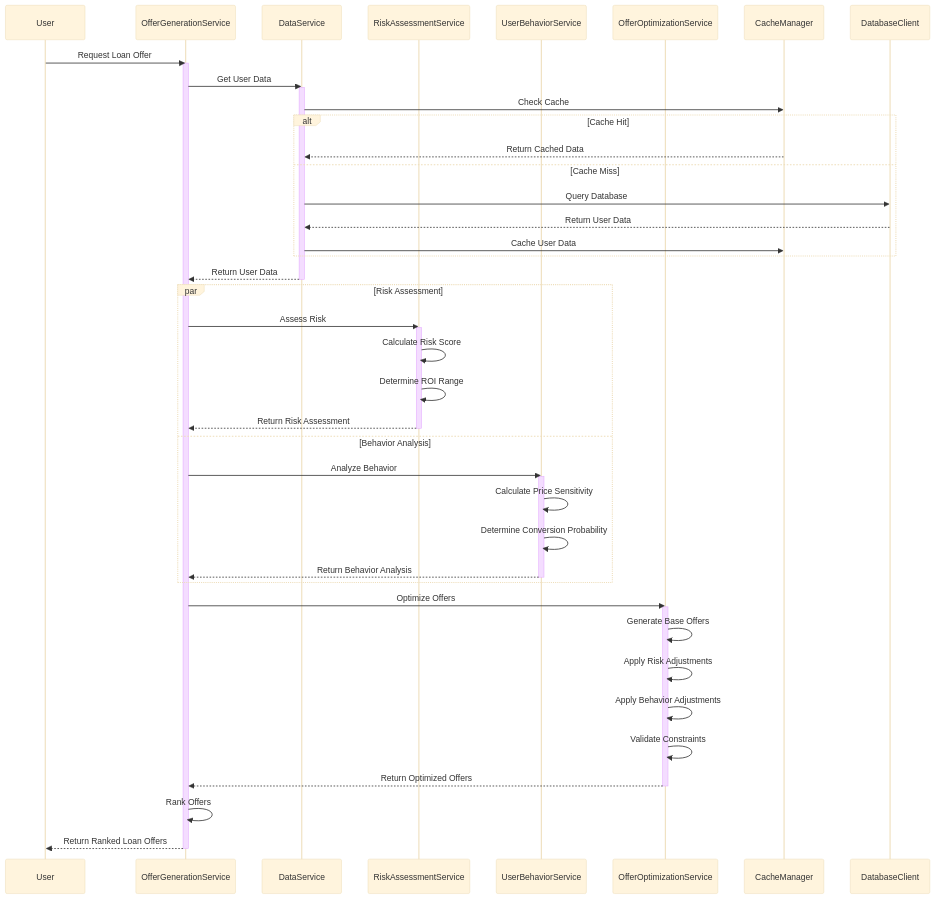
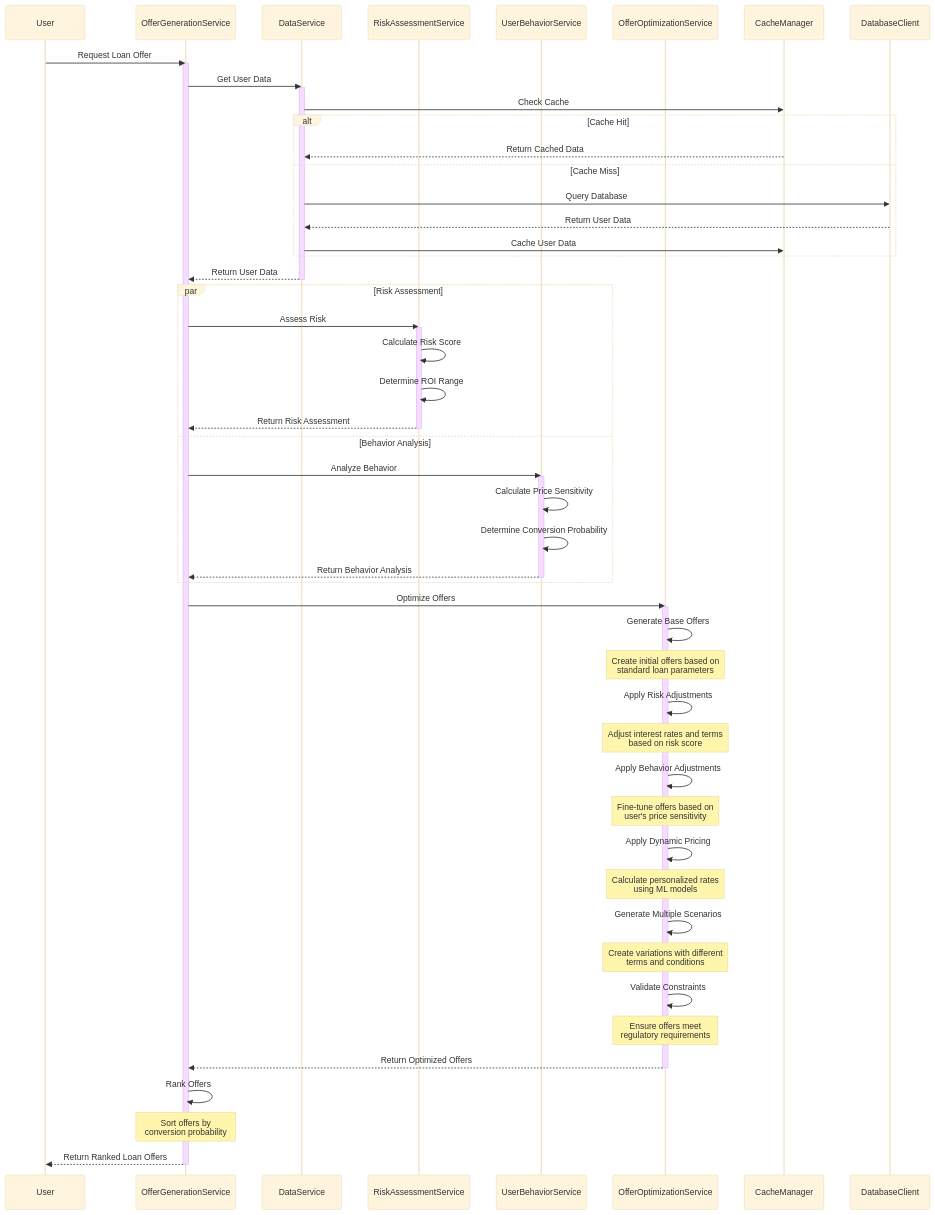
One commit to ParthPahuja101/Dynamic-Loan-Offer-Generation changed the diagram in docs/loan_offer_generation_sequence.md. Above: the diagram before and after it, drawn with Mermaid (base theme). The commit also changed other lines of this file, not shown here.

Commit message:
added flow description

````diff
--- a/docs/loan_offer_generation_sequence.md
+++ b/docs/loan_offer_generation_sequence.md
@@ -1,56 +66,65 @@
 ```mermaid
 sequenceDiagram
     participant User
     participant OfferGenerationService
     participant DataService
     participant RiskAssessmentService
     participant UserBehaviorService
     participant OfferOptimizationService
     participant CacheManager
     participant DatabaseClient
 
     User->>OfferGenerationService: Request Loan Offer
     activate OfferGenerationService
     
     OfferGenerationService->>DataService: Get User Data
     activate DataService
     DataService->>CacheManager: Check Cache
     alt Cache Hit
         CacheManager-->>DataService: Return Cached Data
     else Cache Miss
         DataService->>DatabaseClient: Query Database
         DatabaseClient-->>DataService: Return User Data
         DataService->>CacheManager: Cache User Data
     end
     DataService-->>OfferGenerationService: Return User Data
     deactivate DataService
 
     par Risk Assessment
         OfferGenerationService->>RiskAssessmentService: Assess Risk
         activate RiskAssessmentService
         RiskAssessmentService->>RiskAssessmentService: Calculate Risk Score
         RiskAssessmentService->>RiskAssessmentService: Determine ROI Range
         RiskAssessmentService-->>OfferGenerationService: Return Risk Assessment
         deactivate RiskAssessmentService
     and Behavior Analysis
         OfferGenerationService->>UserBehaviorService: Analyze Behavior
         activate UserBehaviorService
         UserBehaviorService->>UserBehaviorService: Calculate Price Sensitivity
         UserBehaviorService->>UserBehaviorService: Determine Conversion Probability
         UserBehaviorService-->>OfferGenerationService: Return Behavior Analysis
         deactivate UserBehaviorService
     end
 
     OfferGenerationService->>OfferOptimizationService: Optimize Offers
     activate OfferOptimizationService
     OfferOptimizationService->>OfferOptimizationService: Generate Base Offers
+    Note over OfferOptimizationService: Create initial offers based on<br/>standard loan parameters
     OfferOptimizationService->>OfferOptimizationService: Apply Risk Adjustments
+    Note over OfferOptimizationService: Adjust interest rates and terms<br/>based on risk score
     OfferOptimizationService->>OfferOptimizationService: Apply Behavior Adjustments
+    Note over OfferOptimizationService: Fine-tune offers based on<br/>user's price sensitivity
+    OfferOptimizationService->>OfferOptimizationService: Apply Dynamic Pricing
+    Note over OfferOptimizationService: Calculate personalized rates<br/>using ML models
+    OfferOptimizationService->>OfferOptimizationService: Generate Multiple Scenarios
+    Note over OfferOptimizationService: Create variations with different<br/>terms and conditions
     OfferOptimizationService->>OfferOptimizationService: Validate Constraints
+    Note over OfferOptimizationService: Ensure offers meet<br/>regulatory requirements
     OfferOptimizationService-->>OfferGenerationService: Return Optimized Offers
     deactivate OfferOptimizationService
 
     OfferGenerationService->>OfferGenerationService: Rank Offers
+    Note over OfferGenerationService: Sort offers by<br/>conversion probability
     OfferGenerationService-->>User: Return Ranked Loan Offers
     deactivate OfferGenerationService
-``` 
+```
````
